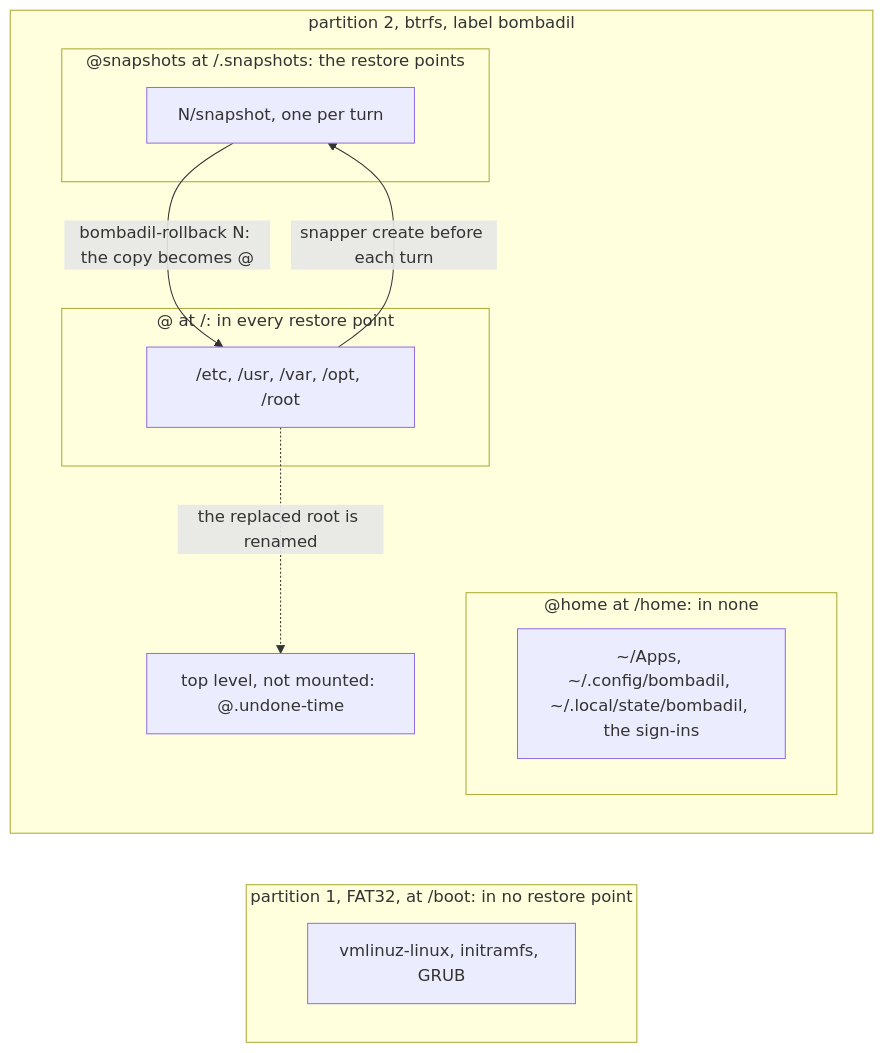
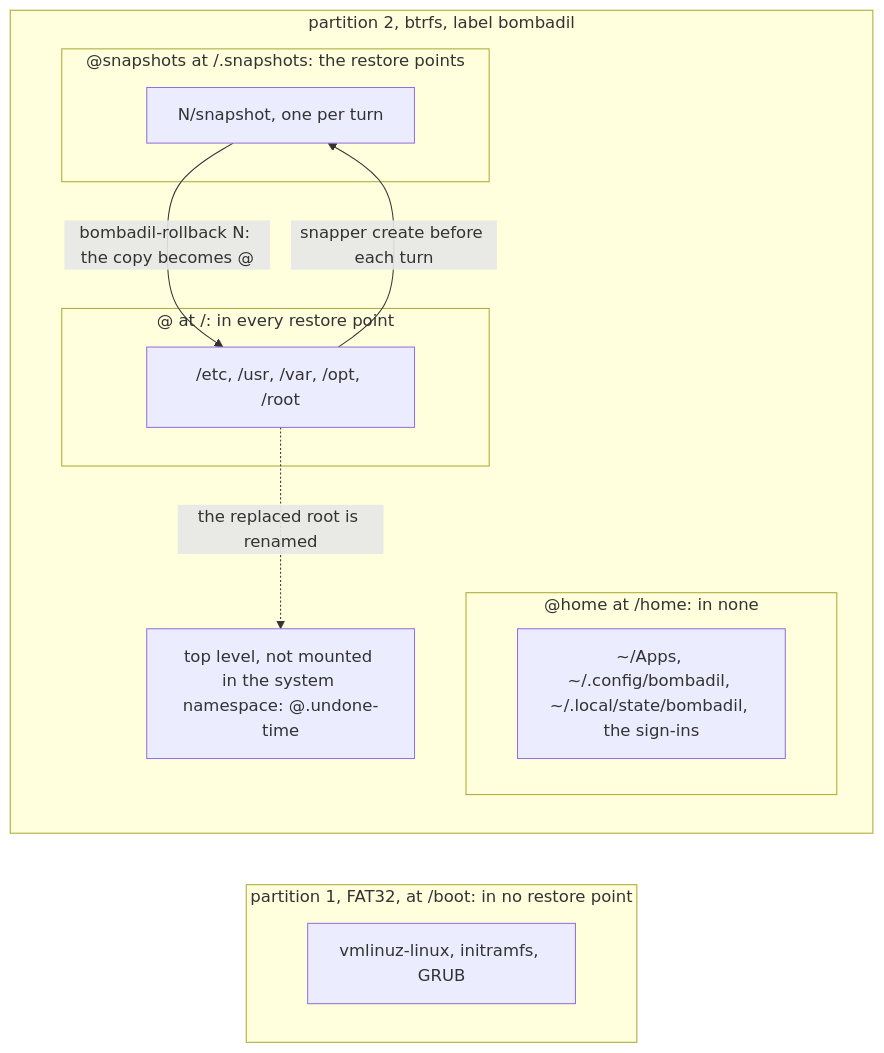
The second of 2 diagrams in docs/architecture/restore-points.md (thedefaultman/Bombadil), drawn with Mermaid before and after one commit. The commit also changed other lines of this file and 2 other files, not shown here.

````diff
--- a/docs/architecture/restore-points.md
+++ b/docs/architecture/restore-points.md
@@ -102,21 +102,21 @@
 ```mermaid
 flowchart LR
     subgraph esp["partition 1, FAT32, at /boot: in no restore point"]
         BOOT["vmlinuz-linux, initramfs, GRUB"]
     end
     subgraph pool["partition 2, btrfs, label bombadil"]
         subgraph root["@ at /: in every restore point"]
             ROOT["/etc, /usr, /var, /opt, /root"]
         end
         subgraph home["@home at /home: in none"]
             HOME["~/Apps, ~/.config/bombadil, ~/.local/state/bombadil, the sign-ins"]
         end
         subgraph snaps["@snapshots at /.snapshots: the restore points"]
             RP["N/snapshot, one per turn"]
         end
-        OLD["top level, not mounted: @.undone-time"]
+        OLD["top level, not mounted in the system namespace: @.undone-time"]
     end
     ROOT -->|"snapper create before each turn"| RP
     RP -->|"bombadil-rollback N: the copy becomes @"| ROOT
     ROOT -.->|"the replaced root is renamed"| OLD
 ```
````
